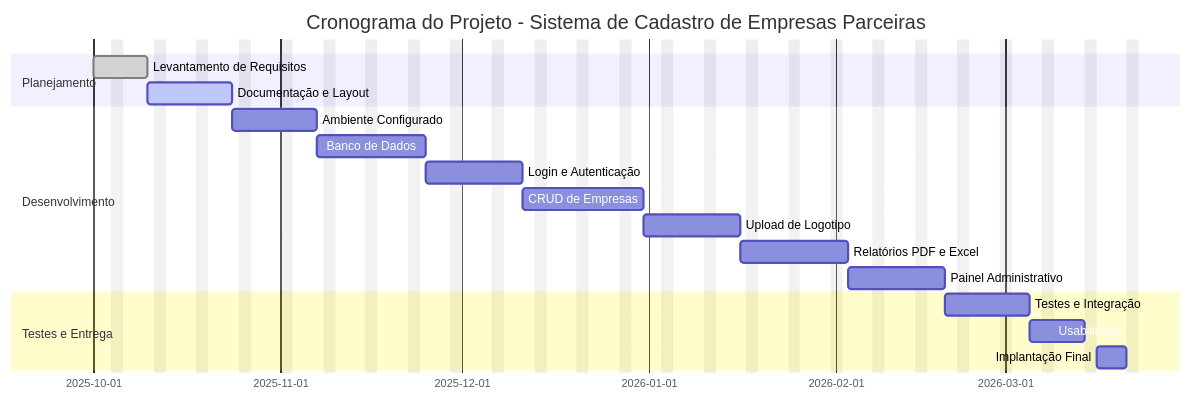
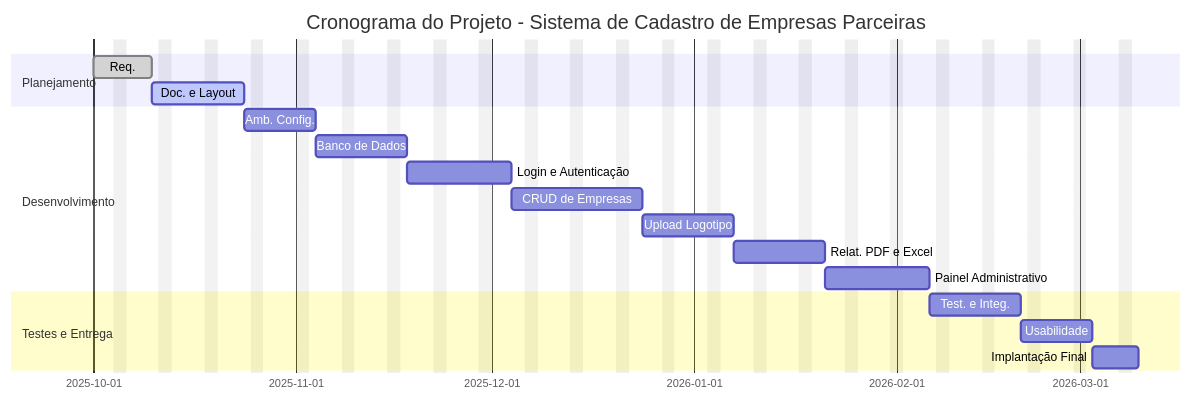
One commit to ViniSouzaCosta/atv-gantt-crystal changed the diagram in README.md. Above: the diagram before and after it, drawn with Mermaid.

````diff
--- a/README.md
+++ b/README.md
@@ -3,28 +3,29 @@
 ```mermaid
- gantt
+gantt
     dateFormat  YYYY-MM-DD
     title Cronograma do Projeto - Sistema de Cadastro de Empresas Parceiras
     excludes weekends
 
     section Planejamento
-    Levantamento de Requisitos   :done,   reqs, 2025-10-01, 7d
-    Documentação e Layout        :active, docs, after reqs, 10d
+    Req.                     :done,    reqs, 2025-10-01, 7d
+    Doc. e Layout           :active,  docs, after reqs, 10d
 
     section Desenvolvimento
-    Ambiente Configurado         :dev1, after docs, 10d
-    Banco de Dados               :dev2, after dev1, 12d
-    Login e Autenticação         :dev3, after dev2, 12d
-    CRUD de Empresas             :dev4, after dev3, 14d
-    Upload de Logotipo           :dev5, after dev4, 12d
-    Relatórios PDF e Excel       :dev6, after dev5, 12d
-    Painel Administrativo        :dev7, after dev6, 12d
+    Amb. Config.           :dev1, after docs, 7d
+    Banco de Dados                  :dev2, after dev1, 10d
+    Login e Autenticação            :dev3, after dev2, 12d
+    CRUD de Empresas                :dev4, after dev3, 14d
+    Upload Logotipo                 :dev5, after dev4, 10d
+    Relat. PDF e Excel              :dev6, after dev5, 10d
+    Painel Administrativo           :dev7, after dev6, 12d
 
     section Testes e Entrega
-    Testes e Integração          :qa1, after dev7, 10d
-    Usabilidade                  :qa2, after qa1, 7d
-    Implantação Final            :deliver, after qa2, 5d
+    Test. e Integ.             :qa1, after dev7, 10d
+    Usabilidade                     :qa2, after qa1, 7d
+    Implantação Final               :deliver, after qa2, 5d
+
 
 
 
 
   ```
````
